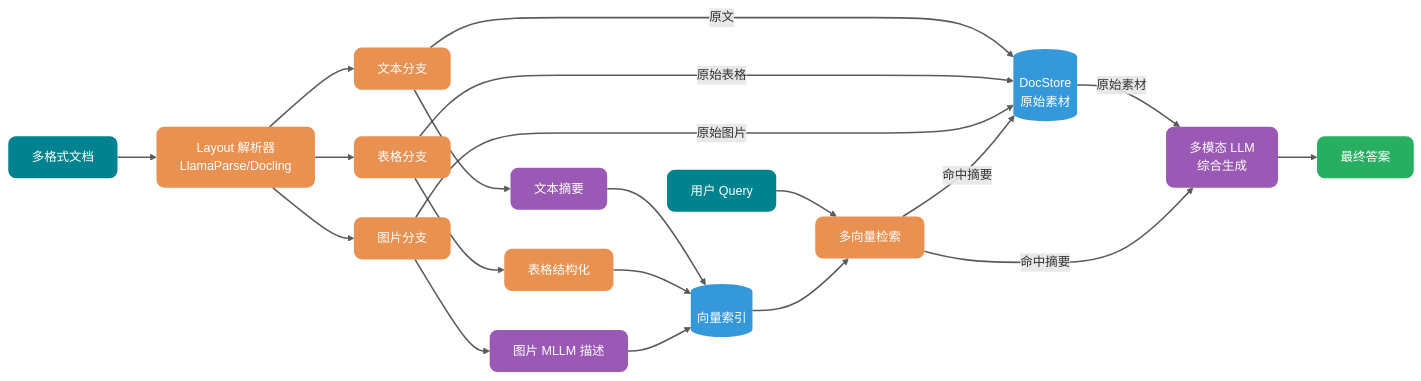
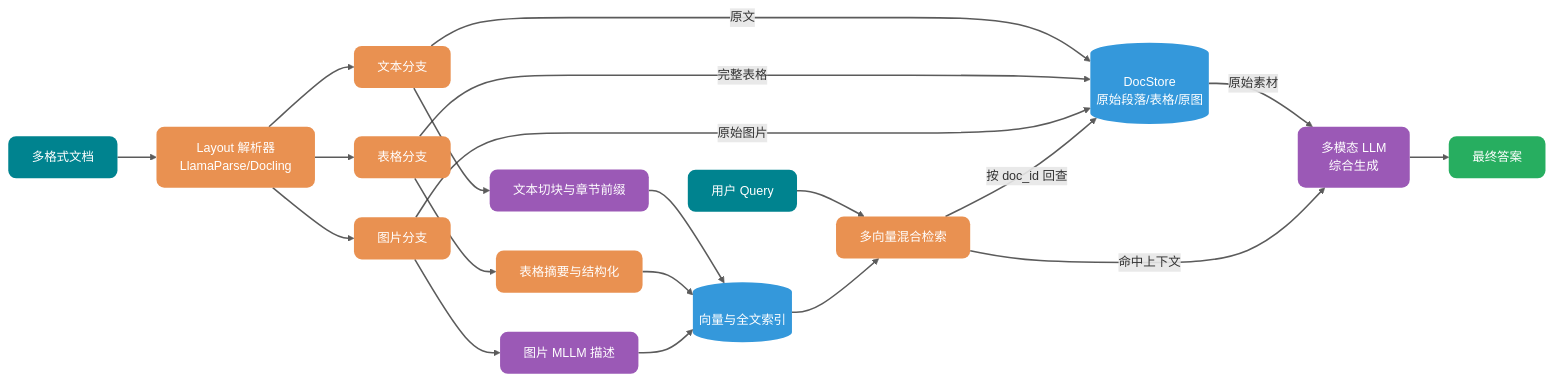
Before and after one commit to Snailclimb/JavaGuide: the second of 2 diagrams in docs/ai/rag/rag-document-processing.md, drawn with Mermaid. The commit also changed other lines of this file and 6 other files, not shown here.

````diff
--- a/docs/ai/rag/rag-document-processing.md
+++ b/docs/ai/rag/rag-document-processing.md
@@ -433,49 +375,49 @@
 ```mermaid
 flowchart LR
     %% ========== 配色声明 ==========
     classDef input fill:#00838F,color:#FFFFFF,stroke:none,rx:10,ry:10
     classDef process fill:#E99151,color:#FFFFFF,stroke:none,rx:10,ry:10
     classDef storage fill:#3498DB,color:#FFFFFF,stroke:none,rx:10,ry:10
     classDef llm fill:#9B59B6,color:#FFFFFF,stroke:none,rx:10,ry:10
     classDef success fill:#27AE60,color:#FFFFFF,stroke:none,rx:10,ry:10
 
     %% ========== 节点声明 ==========
     Doc[多格式文档]:::input
     Parser[Layout 解析器<br/>LlamaParse/Docling]:::process
     TextBranch[文本分支]:::process
     TableBranch[表格分支]:::process
     ImageBranch[图片分支]:::process
 
-    TextSum[文本摘要]:::llm
-    TableSum[表格结构化]:::process
+    TextSum[文本切块与章节前缀]:::llm
+    TableSum[表格摘要与结构化]:::process
     ImageSum[图片 MLLM 描述]:::llm
 
-    VecIndex[(向量索引)]:::storage
-    DocStore[(DocStore<br/>原始素材)]:::storage
+    VecIndex[(向量与全文索引)]:::storage
+    DocStore[(DocStore<br/>原始段落/表格/原图)]:::storage
 
     Query[用户 Query]:::input
-    Retrieve[多向量检索]:::process
+    Retrieve[多向量混合检索]:::process
     Synthesize[多模态 LLM<br/>综合生成]:::llm
     Answer[最终答案]:::success
 
     Doc --> Parser
     Parser --> TextBranch
     Parser --> TableBranch
     Parser --> ImageBranch
 
     TextBranch --> TextSum --> VecIndex
     TextBranch -->|原文| DocStore
     TableBranch --> TableSum --> VecIndex
-    TableBranch -->|原始表格| DocStore
+    TableBranch -->|完整表格| DocStore
     ImageBranch --> ImageSum --> VecIndex
     ImageBranch -->|原始图片| DocStore
 
     Query --> Retrieve
     VecIndex --> Retrieve
-    Retrieve -->|命中摘要| DocStore
+    Retrieve -->|按 doc_id 回查| DocStore
     DocStore -->|原始素材| Synthesize
-    Retrieve -->|命中摘要| Synthesize
+    Retrieve -->|命中上下文| Synthesize
     Synthesize --> Answer
 
     linkStyle default stroke-width:2px,stroke:#333333,opacity:0.8
 ```
````
